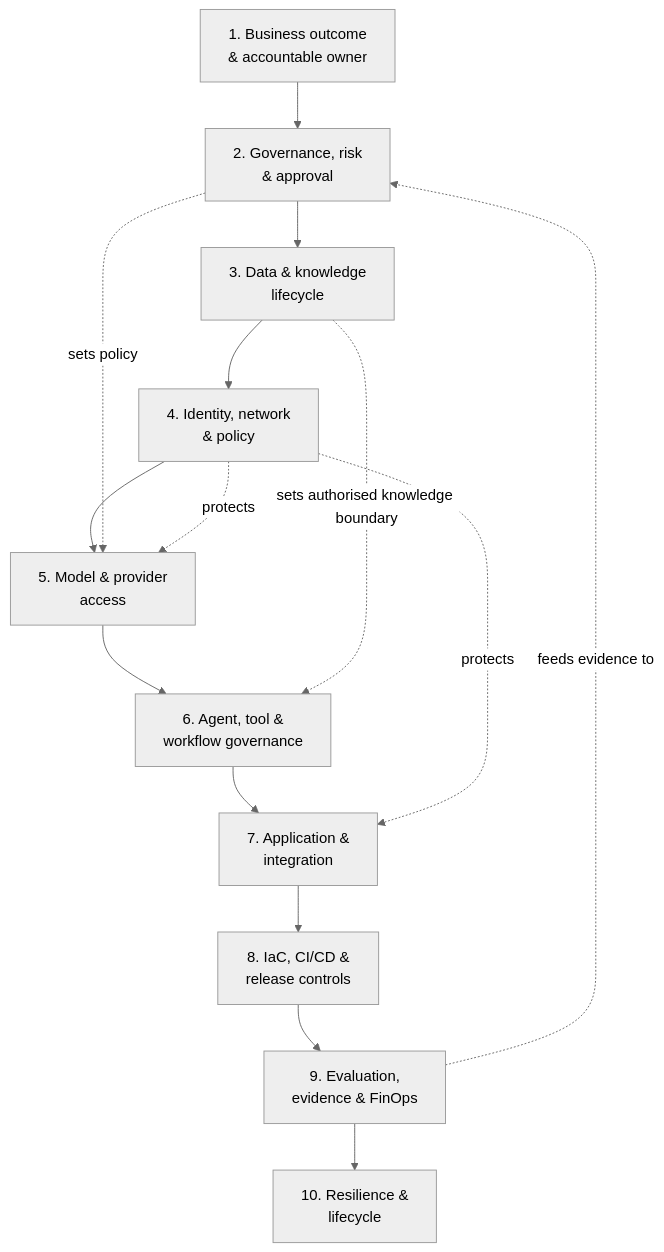
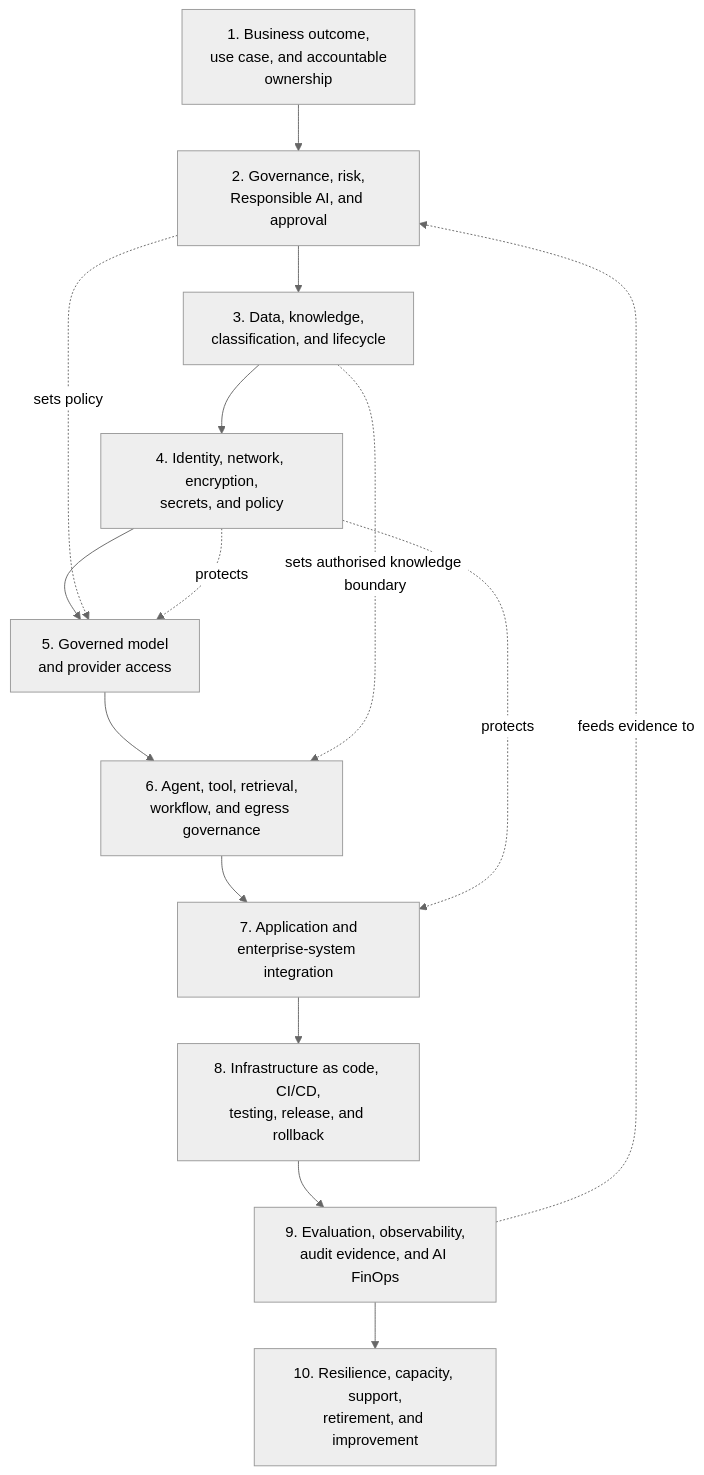
Before and after one commit to afaryy/cloudai-platform: the second of 3 diagrams in docs/architecture.md, drawn with Mermaid (neutral theme). The commit also changed other lines of this file and 1 other file, not shown here.

Commit message:
docs: preserve full architecture diagram labels

````diff
--- a/docs/architecture.md
+++ b/docs/architecture.md
@@ -69,21 +69,21 @@
 ```mermaid
 flowchart TB
-  intake["1. Business outcome<br/>& accountable owner"]
-  risk["2. Governance, risk<br/>& approval"]
-  data["3. Data & knowledge<br/>lifecycle"]
-  foundation["4. Identity, network<br/>& policy"]
-  model["5. Model & provider<br/>access"]
-  traffic["6. Agent, tool &<br/>workflow governance"]
-  integration["7. Application &<br/>integration"]
-  delivery["8. IaC, CI/CD &<br/>release controls"]
-  operations["9. Evaluation,<br/>evidence & FinOps"]
-  lifecycle["10. Resilience &<br/>lifecycle"]
+  intake["1. Business outcome,<br/>use case, and accountable<br/>ownership"]
+  risk["2. Governance, risk,<br/>Responsible AI, and approval"]
+  data["3. Data, knowledge,<br/>classification, and lifecycle"]
+  foundation["4. Identity, network, encryption,<br/>secrets, and policy"]
+  model["5. Governed model<br/>and provider access"]
+  traffic["6. Agent, tool, retrieval,<br/>workflow, and egress governance"]
+  integration["7. Application and<br/>enterprise-system integration"]
+  delivery["8. Infrastructure as code, CI/CD,<br/>testing, release, and rollback"]
+  operations["9. Evaluation, observability,<br/>audit evidence, and AI FinOps"]
+  lifecycle["10. Resilience, capacity, support,<br/>retirement, and improvement"]
 
   intake --> risk --> data --> foundation --> model --> traffic --> integration
   integration --> delivery --> operations --> lifecycle
   risk -. "sets policy" .-> model
   data -. "sets authorised knowledge boundary" .-> traffic
   foundation -. "protects" .-> model
   foundation -. "protects" .-> integration
   operations -. "feeds evidence to" .-> risk
 ```
````
